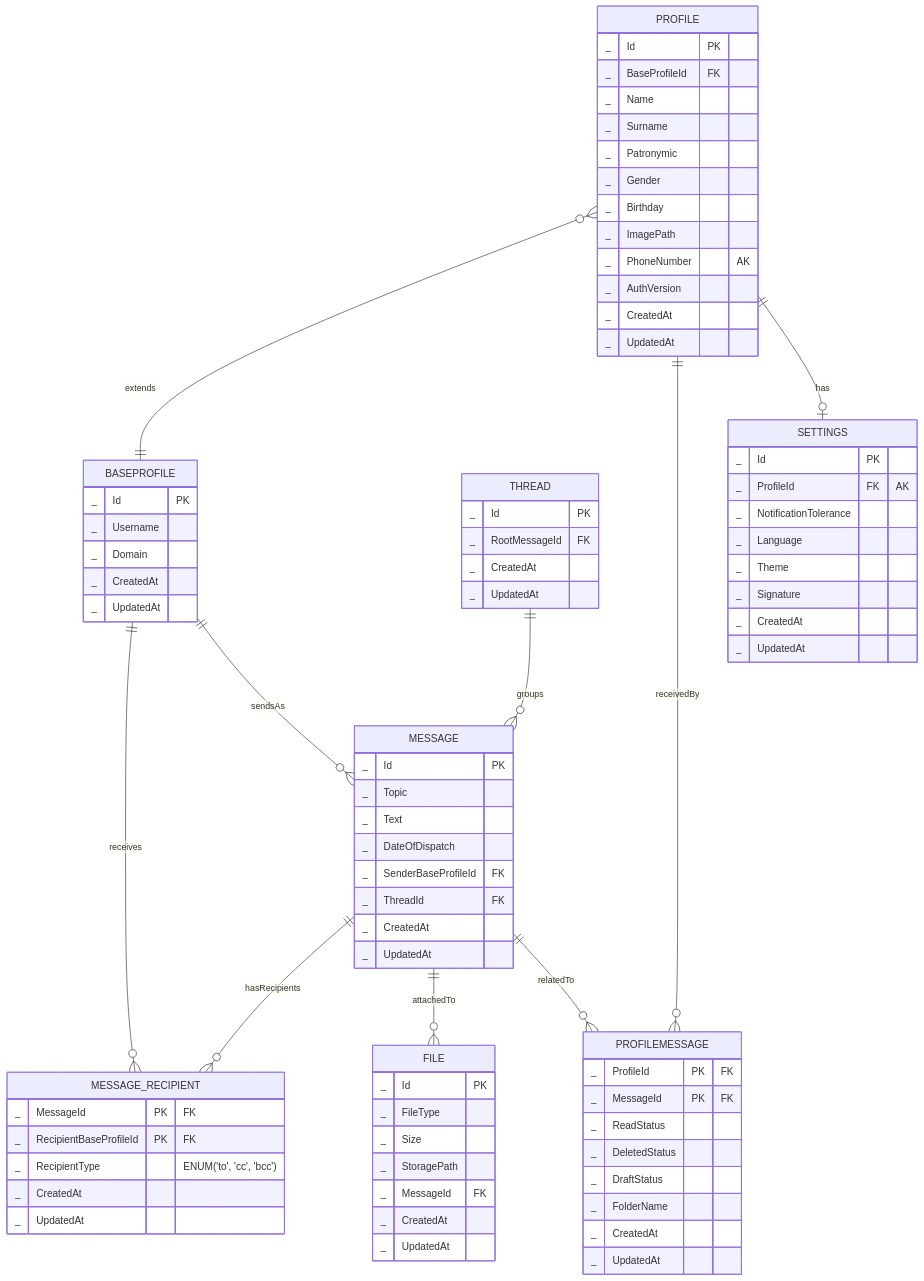
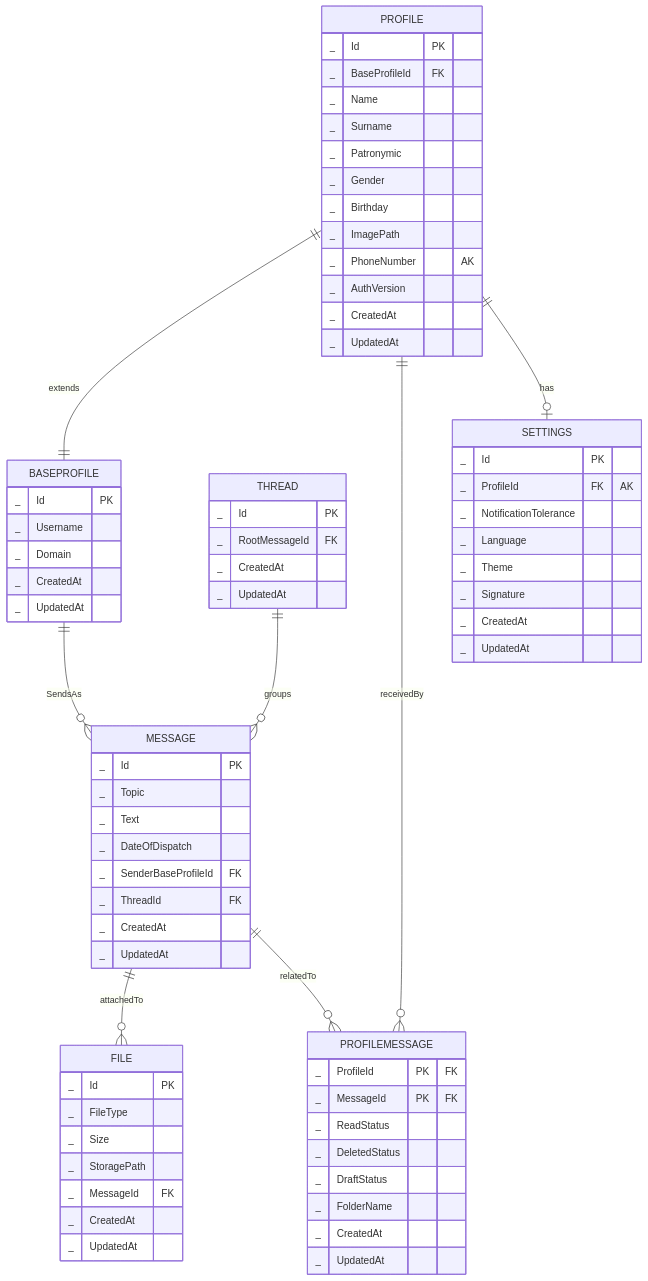
Before and after one commit to go-park-mail-ru/2025_2_A4Code: the diagram in db/normalized/ER.md, drawn with Mermaid.

````diff
--- a/db/normalized/ER.md
+++ b/db/normalized/ER.md
@@ -28,13 +28,6 @@
         _ DateOfDispatch
         _ SenderBaseProfileId FK
         _ ThreadId FK
-        _ CreatedAt
-        _ UpdatedAt
-    }
-    MESSAGE_RECIPIENT {
-        _ MessageId PK "FK"
-        _ RecipientBaseProfileId PK "FK"
-        _ RecipientType "ENUM('to', 'cc', 'bcc')"
         _ CreatedAt
         _ UpdatedAt
     }
@@ -79,8 +72,6 @@
     PROFILE ||--o{ PROFILEMESSAGE : "receivedBy"
     MESSAGE ||--o{ FILE : "attachedTo"
     THREAD ||--o{ MESSAGE : "groups"
-    PROFILE }o--|| BASEPROFILE : "extends"
-    BASEPROFILE ||--o{ MESSAGE : "sendsAs"
-    MESSAGE ||--o{ MESSAGE_RECIPIENT : "hasRecipients"
-    BASEPROFILE ||--o{ MESSAGE_RECIPIENT : "receives"
+    PROFILE ||--|| BASEPROFILE : "extends"
+    BASEPROFILE ||--o{ MESSAGE : "SendsAs"
 ```
````
